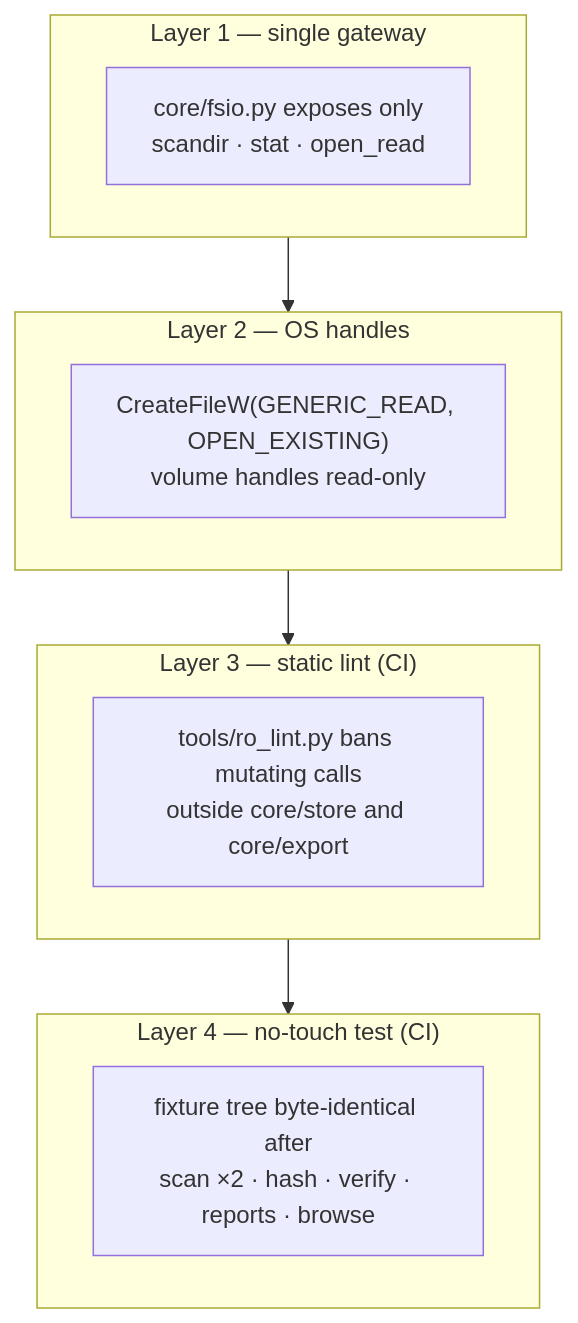
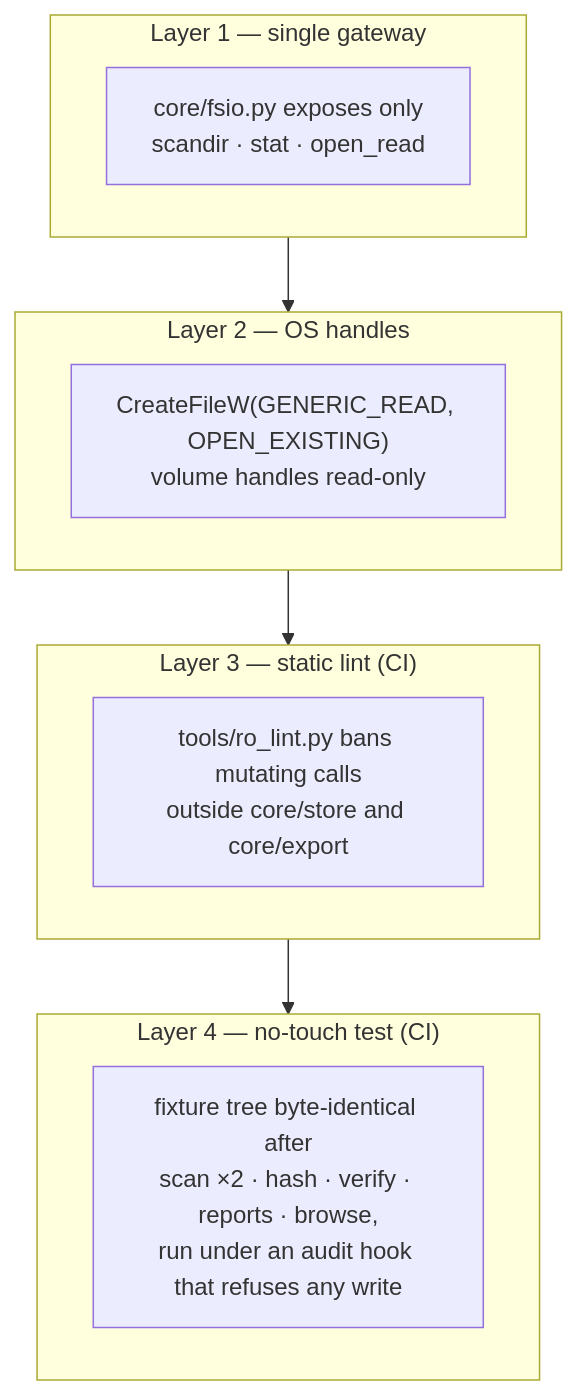
One commit to winfrees/drive-fusion changed the second of 2 diagrams in README.md. Above: the diagram before and after it, drawn with Mermaid. The commit also changed other lines of this file and 16 other files, not shown here.

First line of the commit message:
Track A2: consistent backups, closed lint gaps, audit hook, handle checks

````diff
--- a/README.md
+++ b/README.md
@@ -89,16 +89,16 @@
 ```mermaid
 flowchart TB
     subgraph L1["Layer 1 — single gateway"]
         G["core/fsio.py exposes only<br/>scandir · stat · open_read"]
     end
     subgraph L2["Layer 2 — OS handles"]
         O["CreateFileW(GENERIC_READ, OPEN_EXISTING)<br/>volume handles read-only"]
     end
     subgraph L3["Layer 3 — static lint (CI)"]
         A["tools/ro_lint.py bans mutating calls<br/>outside core/store and core/export"]
     end
     subgraph L4["Layer 4 — no-touch test (CI)"]
-        N["fixture tree byte-identical after<br/>scan ×2 · hash · verify · reports · browse"]
+        N["fixture tree byte-identical after<br/>scan ×2 · hash · verify · reports · browse,<br/>run under an audit hook that refuses any write"]
     end
     L1 --> L2 --> L3 --> L4
 ```
````
